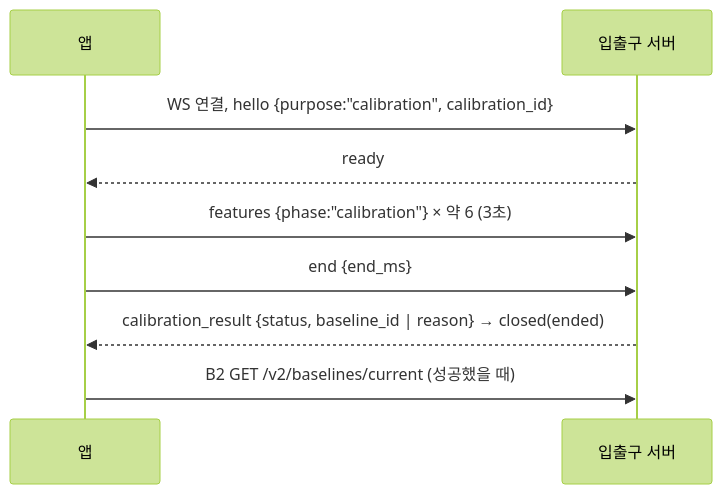
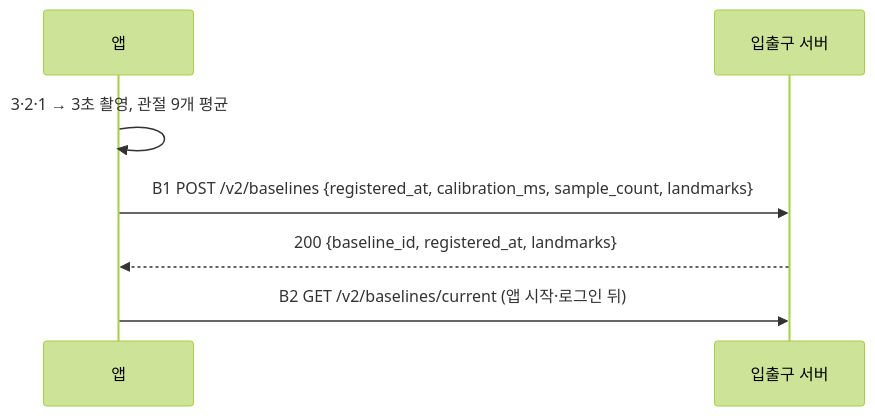
The second of 2 diagrams in docs/design/api-ws-spec.md (Jeon-Seho/sitting-posture-corrector), drawn with Mermaid (forest theme) before and after one commit. The commit also changed other lines of this file and 18 other files, not shown here.

````diff
--- a/docs/design/api-ws-spec.md
+++ b/docs/design/api-ws-spec.md
@@ -400,11 +400,9 @@
 ```mermaid
 sequenceDiagram
   participant A as 앱
   participant S as 입출구 서버
-  A->>S: WS 연결, hello {purpose:"calibration", calibration_id}
-  S-->>A: ready
-  A->>S: features {phase:"calibration"} × 약 6 (3초)
-  A->>S: end {end_ms}
-  S-->>A: calibration_result {status, baseline_id | reason} → closed(ended)
-  A->>S: B2 GET /v2/baselines/current (성공했을 때)
+  A->>A: 3·2·1 → 3초 촬영, 관절 9개 평균
+  A->>S: B1 POST /v2/baselines {registered_at, calibration_ms, sample_count, landmarks}
+  S-->>A: 200 {baseline_id, registered_at, landmarks}
+  A->>S: B2 GET /v2/baselines/current (앱 시작·로그인 뒤)
 ```
````
